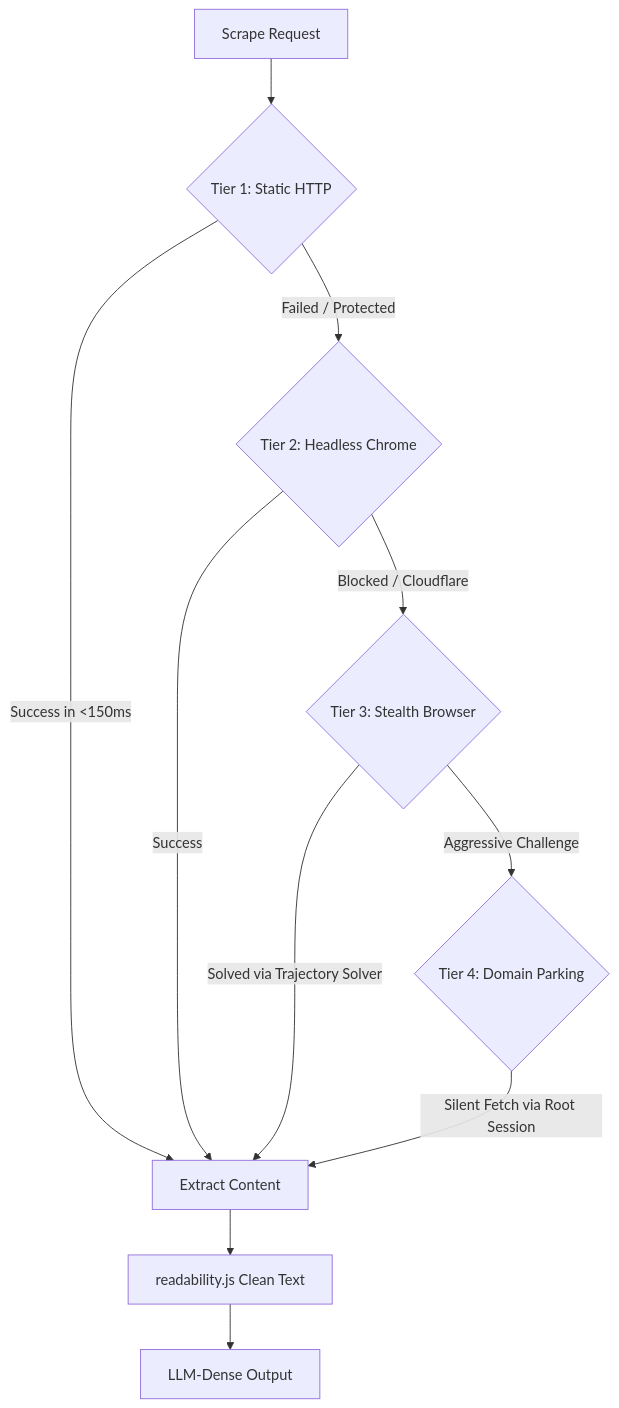
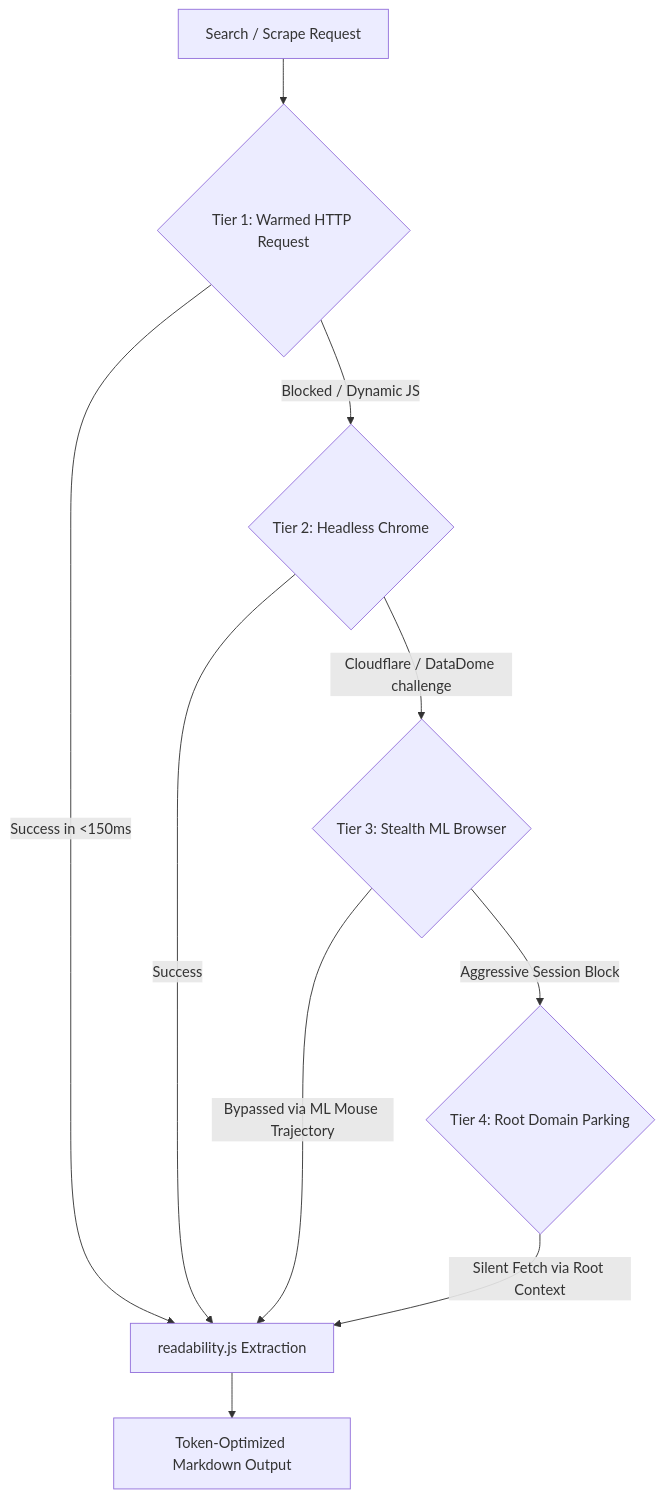
The diagram in README.md (Ramcharan747/UltraSearch), drawn with Mermaid before and after one commit. The commit also changed other lines of this file, not shown here.

Commit message:
docs: upgrade README.md to v2.01 with comprehensive What/How/Why, 4-tier model, and API spec

````diff
--- a/README.md
+++ b/README.md
@@ -33,13 +33,12 @@
 ```mermaid
 graph TD
-    A[Scrape Request] --> B{Tier 1: Static HTTP}
-    B -->|Success in <150ms| C[Extract Content]
-    B -->|Failed / Protected| D{Tier 2: Headless Chrome}
+    A[Search / Scrape Request] --> B{Tier 1: Warmed HTTP Request}
+    B -->|Success in <150ms| C[readability.js Extraction]
+    B -->|Blocked / Dynamic JS| D{Tier 2: Headless Chrome}
     D -->|Success| C
-    D -->|Blocked / Cloudflare| E{Tier 3: Stealth Browser}
-    E -->|Solved via Trajectory Solver| C
-    E -->|Aggressive Challenge| F{Tier 4: Domain Parking}
-    F -->|Silent Fetch via Root Session| C
-    C --> G[readability.js Clean Text]
-    G --> H[LLM-Dense Output]
+    D -->|Cloudflare / DataDome challenge| E{Tier 3: Stealth ML Browser}
+    E -->|Bypassed via ML Mouse Trajectory| C
+    E -->|Aggressive Session Block| F{Tier 4: Root Domain Parking}
+    F -->|Silent Fetch via Root Context| C
+    C --> G[Token-Optimized Markdown Output]
 ```
````
